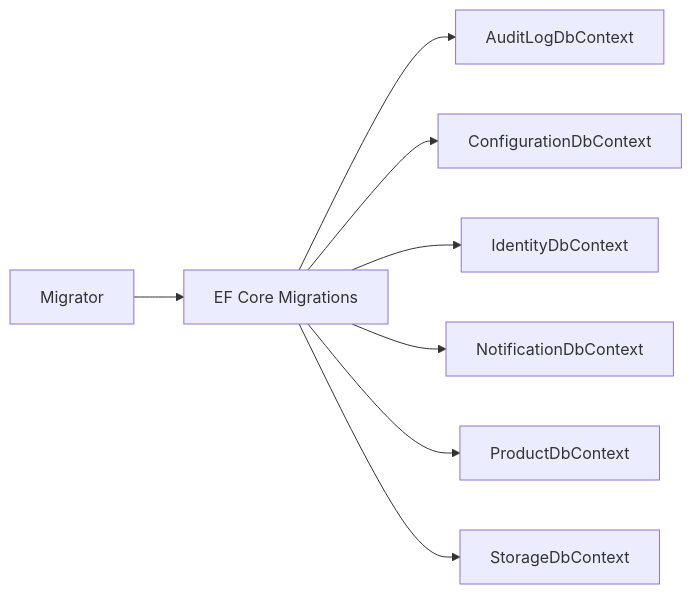
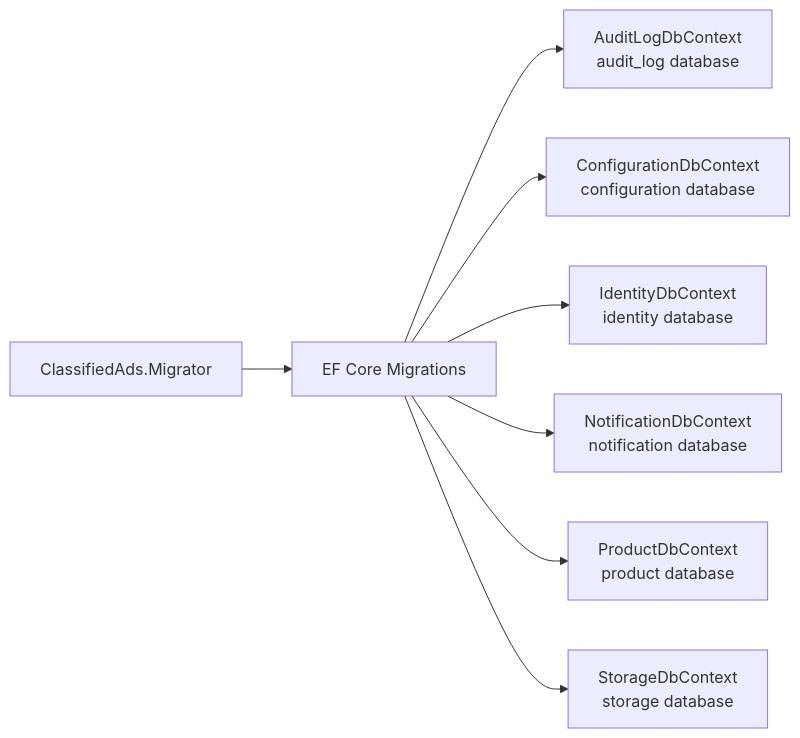
One commit to tinse-22/GSP26SE43.ModularMonolith changed the second of 4 diagrams in docs-architecture/10-devops-and-local-development.md. Above: the diagram before and after it, drawn with Mermaid. The commit also changed other lines of this file and 4 other files, not shown here.

````diff
--- a/docs-architecture/10-devops-and-local-development.md
+++ b/docs-architecture/10-devops-and-local-development.md
@@ -133,11 +208,11 @@
 ```mermaid
 graph LR
-    M[Migrator] --> EF[EF Core Migrations]
+    M[ClassifiedAds.Migrator] --> EF[EF Core Migrations]
     
-    EF --> AuditLog[AuditLogDbContext]
-    EF --> Config[ConfigurationDbContext]
-    EF --> Identity[IdentityDbContext]
-    EF --> Notification[NotificationDbContext]
-    EF --> Product[ProductDbContext]
-    EF --> Storage[StorageDbContext]
+    EF --> AuditLog[AuditLogDbContext<br/>audit_log database]
+    EF --> Config[ConfigurationDbContext<br/>configuration database]
+    EF --> Identity[IdentityDbContext<br/>identity database]
+    EF --> Notification[NotificationDbContext<br/>notification database]
+    EF --> Product[ProductDbContext<br/>product database]
+    EF --> Storage[StorageDbContext<br/>storage database]
 ```
````
